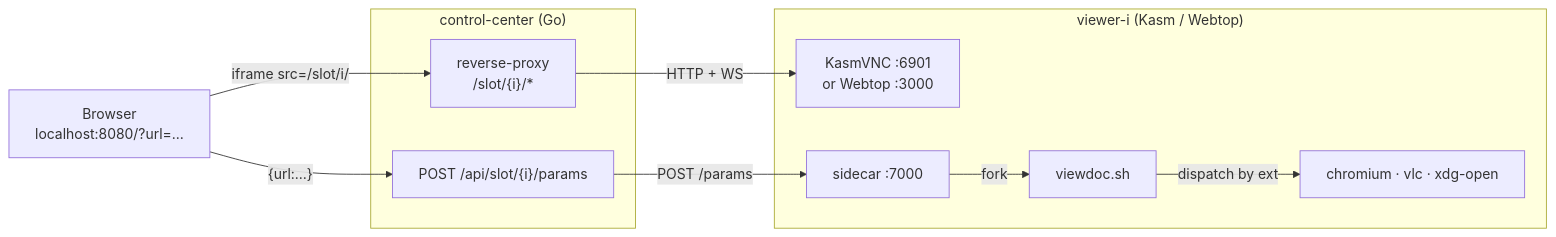
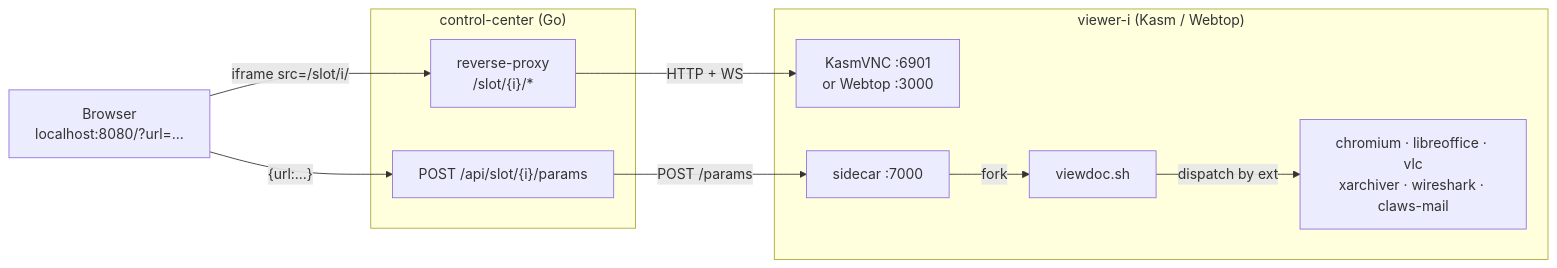
Before and after one commit to dockette/viewdoc: the diagram in README.md, drawn with Mermaid. The commit also changed other lines of this file and 1 other file, not shown here.

````diff
--- a/README.md
+++ b/README.md
@@ -34,23 +34,23 @@
 ```mermaid
 flowchart LR
     browser["Browser<br/>localhost:8080/?url=…"]
 
     subgraph cc["control-center (Go)"]
         proxy["reverse-proxy<br/>/slot/{i}/*"]
         api["POST /api/slot/{i}/params"]
     end
 
     subgraph viewer["viewer-i (Kasm / Webtop)"]
         novnc["KasmVNC :6901<br/>or Webtop :3000"]
         sidecar["sidecar :7000"]
         hook["viewdoc.sh"]
-        apps["chromium · vlc · xdg-open"]
+        apps["chromium · libreoffice · vlc<br/>xarchiver · wireshark · claws-mail"]
     end
 
     browser -->|iframe src=/slot/i/| proxy
     browser -->|"{url:…}"| api
     proxy -->|HTTP + WS| novnc
     api -->|POST /params| sidecar
     sidecar -->|fork| hook
     hook -->|dispatch by ext| apps
 ```
````
